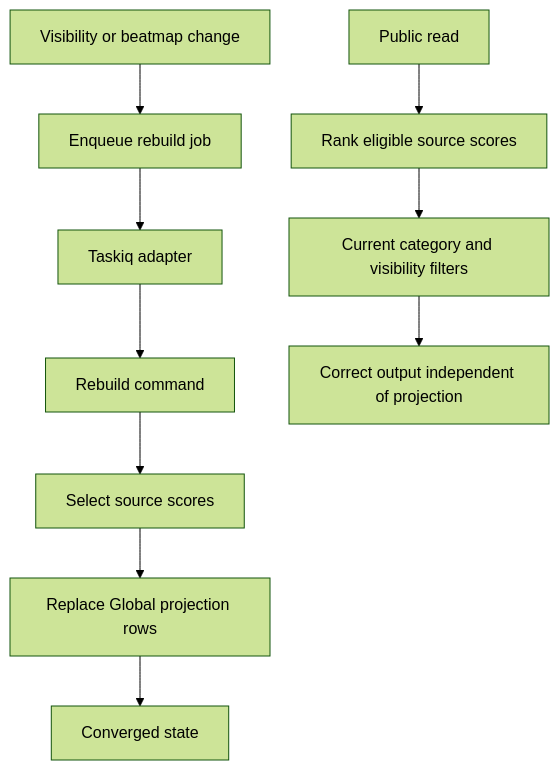
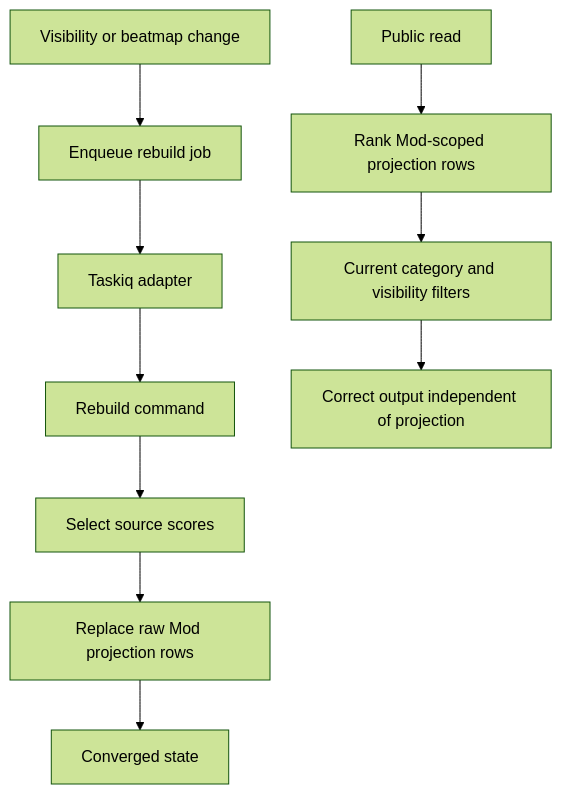
Before and after one commit to Reticulmz/athena: the fourth of 6 diagrams in .kiro/specs/beatmap-leaderboards/design.md, drawn with Mermaid (forest theme). The commit also changed other lines of this file and 39 other files, not shown here.

````diff
--- a/.kiro/specs/beatmap-leaderboards/design.md
+++ b/.kiro/specs/beatmap-leaderboards/design.md
@@ -268,12 +269,12 @@
 ```mermaid
 graph TB
     Change[Visibility or beatmap change] --> Enqueue[Enqueue rebuild job]
     Enqueue --> Job[Taskiq adapter]
     Job --> Command[Rebuild command]
     Command --> Select[Select source scores]
-    Select --> Replace[Replace Global projection rows]
+    Select --> Replace[Replace raw Mod projection rows]
     Replace --> Done[Converged state]
-    Read[Public read] --> Scores[Rank eligible source scores]
-    Scores --> Filters[Current category and visibility filters]
+    Read[Public read] --> Projection[Rank Mod-scoped projection rows]
+    Projection --> Filters[Current category and visibility filters]
     Filters --> Output[Correct output independent of projection]
 ```
````
